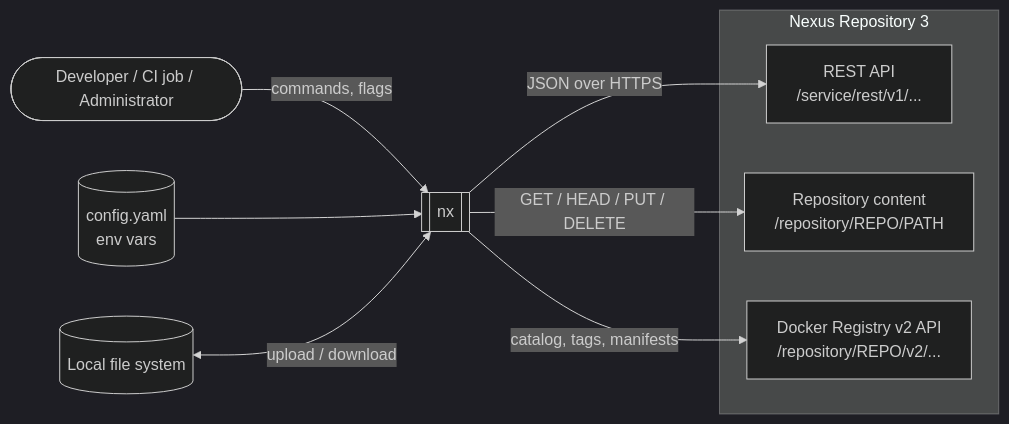
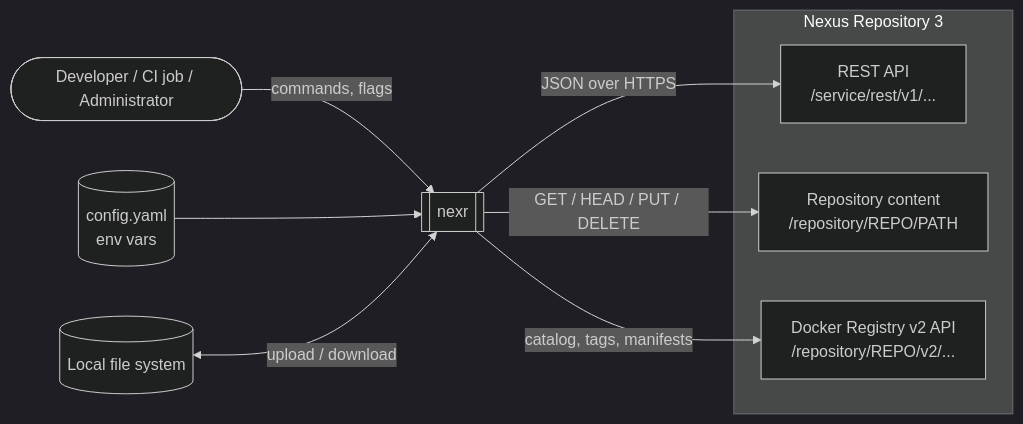
One commit to yand3r3d3v/nexr changed the first of 8 diagrams in docs/architecture.md. Above: the diagram before and after it, drawn with Mermaid (dark theme). The commit also changed other lines of this file and 5 other files, not shown here.

````diff
--- a/docs/architecture.md
+++ b/docs/architecture.md
@@ -48,19 +48,19 @@
 ```mermaid
 flowchart LR
     user([Developer / CI job / Administrator])
     cfg[(config.yaml<br/>env vars)]
     fs[(Local file system)]
 
     subgraph nexus[Nexus Repository 3]
         rest["REST API<br/>/service/rest/v1/..."]
         content["Repository content<br/>/repository/REPO/PATH"]
         registry["Docker Registry v2 API<br/>/repository/REPO/v2/..."]
     end
 
-    user -- "commands, flags" --> nx[[nx]]
-    cfg --> nx
-    fs <-- "upload / download" --> nx
-    nx -- "JSON over HTTPS" --> rest
-    nx -- "GET / HEAD / PUT / DELETE" --> content
-    nx -- "catalog, tags, manifests" --> registry
+    user -- "commands, flags" --> nexr[[nexr]]
+    cfg --> nexr
+    fs <-- "upload / download" --> nexr
+    nexr -- "JSON over HTTPS" --> rest
+    nexr -- "GET / HEAD / PUT / DELETE" --> content
+    nexr -- "catalog, tags, manifests" --> registry
 ```
````
